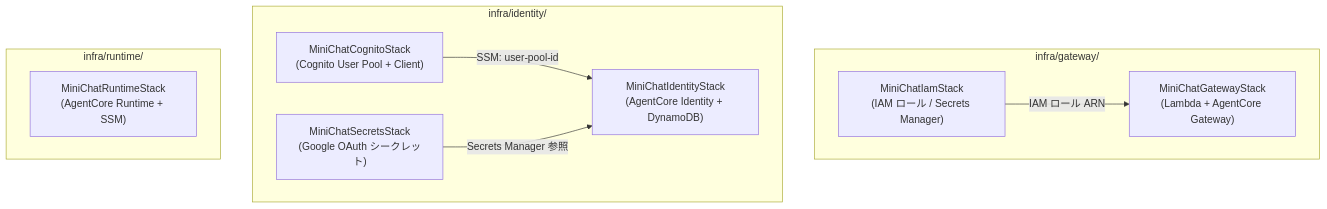
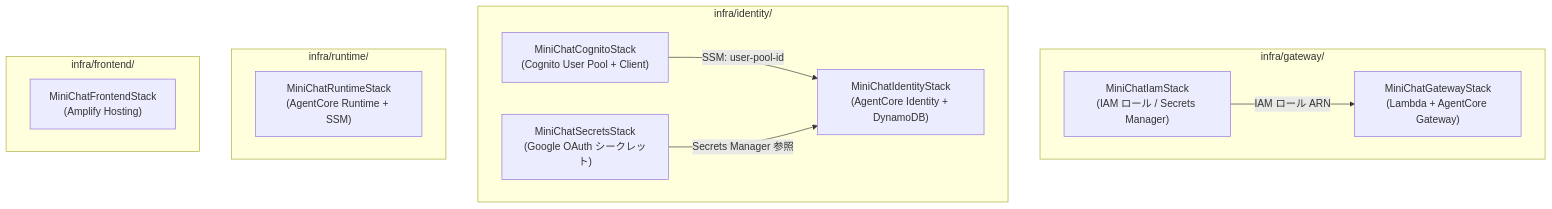
Before and after one commit to okuokukouki/mini-chat-app: the first of 3 diagrams in docs/design/infra.md, drawn with Mermaid. The commit also changed other lines of this file and 9 other files, not shown here.

````diff
--- a/docs/design/infra.md
+++ b/docs/design/infra.md
@@ -38,21 +42,25 @@
 ```mermaid
 graph TD
     subgraph gateway["infra/gateway/"]
         IS["MiniChatIamStack\n(IAM ロール / Secrets Manager)"]
         GS["MiniChatGatewayStack\n(Lambda + AgentCore Gateway)"]
     end
 
     subgraph identity["infra/identity/"]
         CS["MiniChatCognitoStack\n(Cognito User Pool + Client)"]
         SS["MiniChatSecretsStack\n(Google OAuth シークレット)"]
         IDS["MiniChatIdentityStack\n(AgentCore Identity + DynamoDB)"]
     end
 
     subgraph runtime["infra/runtime/"]
         RS["MiniChatRuntimeStack\n(AgentCore Runtime + SSM)"]
     end
 
+    subgraph frontend["infra/frontend/"]
+        FS["MiniChatFrontendStack\n(Amplify Hosting)"]
+    end
+
     IS -->|"IAM ロール ARN"| GS
     CS -->|"SSM: user-pool-id"| IDS
     SS -->|"Secrets Manager 参照"| IDS
 ```
````
